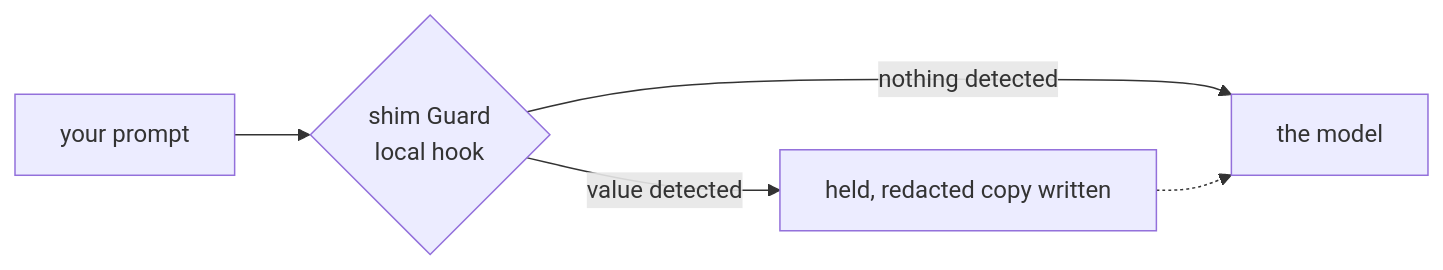
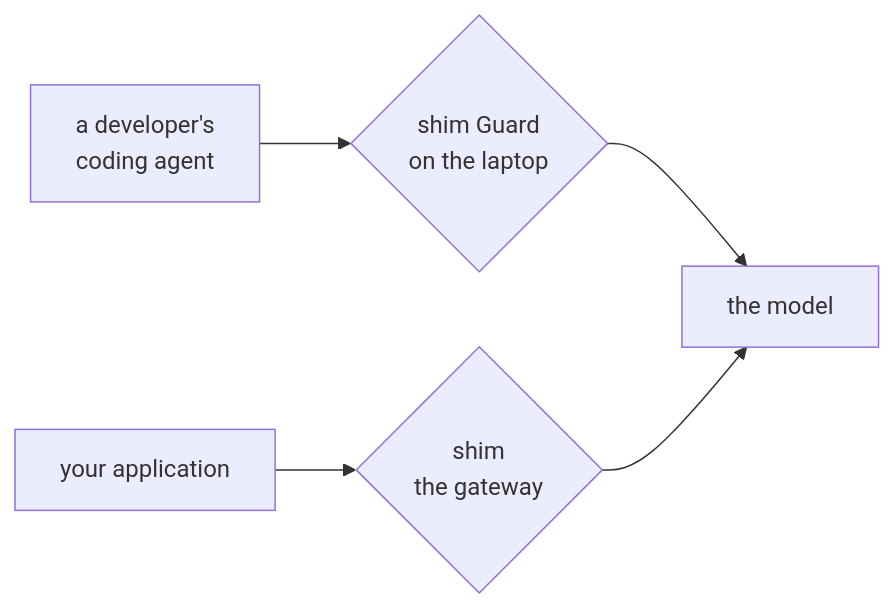
Before and after one commit to GetSHIM/.github: the diagram in profile/README.md, drawn with Mermaid. The commit also changed other lines of this file, not shown here.

Commit message:
Add shim gateway to the org profile

````diff
--- a/profile/README.md
+++ b/profile/README.md
@@ -44,7 +29,7 @@
 ```mermaid
 flowchart LR
-  P["your prompt"] --> H{"shim Guard<br/>local hook"}
-  H -- "nothing detected" --> M["the model"]
-  H -- "value detected" --> R["held, redacted copy written"]
-  R -.-> M
+  D["a developer's<br/>coding agent"] --> G{"shim Guard<br/>on the laptop"}
+  A["your application"] --> S{"shim<br/>the gateway"}
+  G --> M["the model"]
+  S --> M
 ```
````
